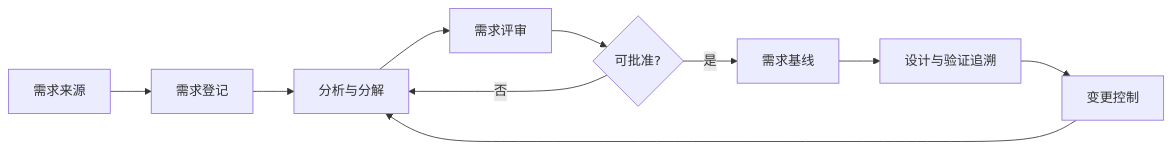
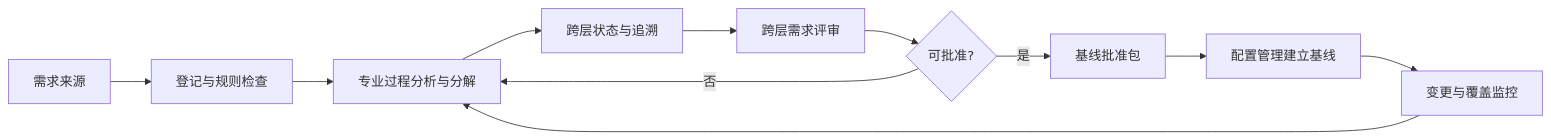
Before and after one commit to JianShiYao/MEES: the diagram in docs/01_Main_Process/02_需求管理过程.md, drawn with Mermaid. The commit also changed other lines of this file and 18 other files, not shown here.

````diff
--- a/docs/01_Main_Process/02_需求管理过程.md
+++ b/docs/01_Main_Process/02_需求管理过程.md
@@ -64,12 +66,13 @@
 ```mermaid
 flowchart LR
-    A[需求来源] --> B[需求登记]
-    B --> C[分析与分解]
-    C --> D[需求评审]
-    D --> E{可批准?}
-    E -- 否 --> C
-    E -- 是 --> F[需求基线]
-    F --> G[设计与验证追溯]
-    G --> H[变更控制]
-    H --> C
+    A[需求来源] --> B[登记与规则检查]
+    B --> C[专业过程分析与分解]
+    C --> D[跨层状态与追溯]
+    D --> E[跨层需求评审]
+    E --> F{可批准?}
+    F -- 否 --> C
+    F -- 是 --> G[基线批准包]
+    G --> H[配置管理建立基线]
+    H --> I[变更与覆盖监控]
+    I --> C
 ```
````
